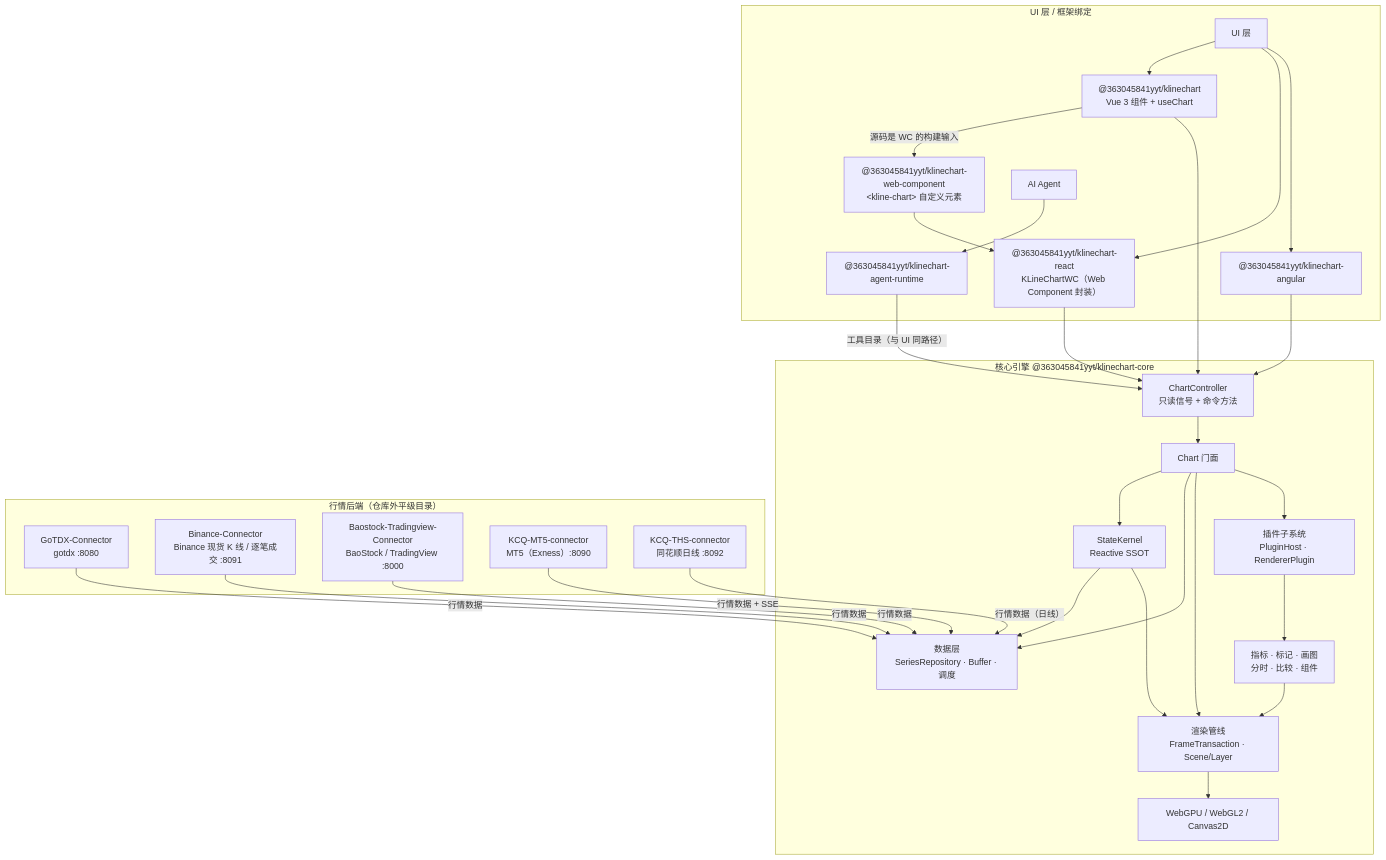
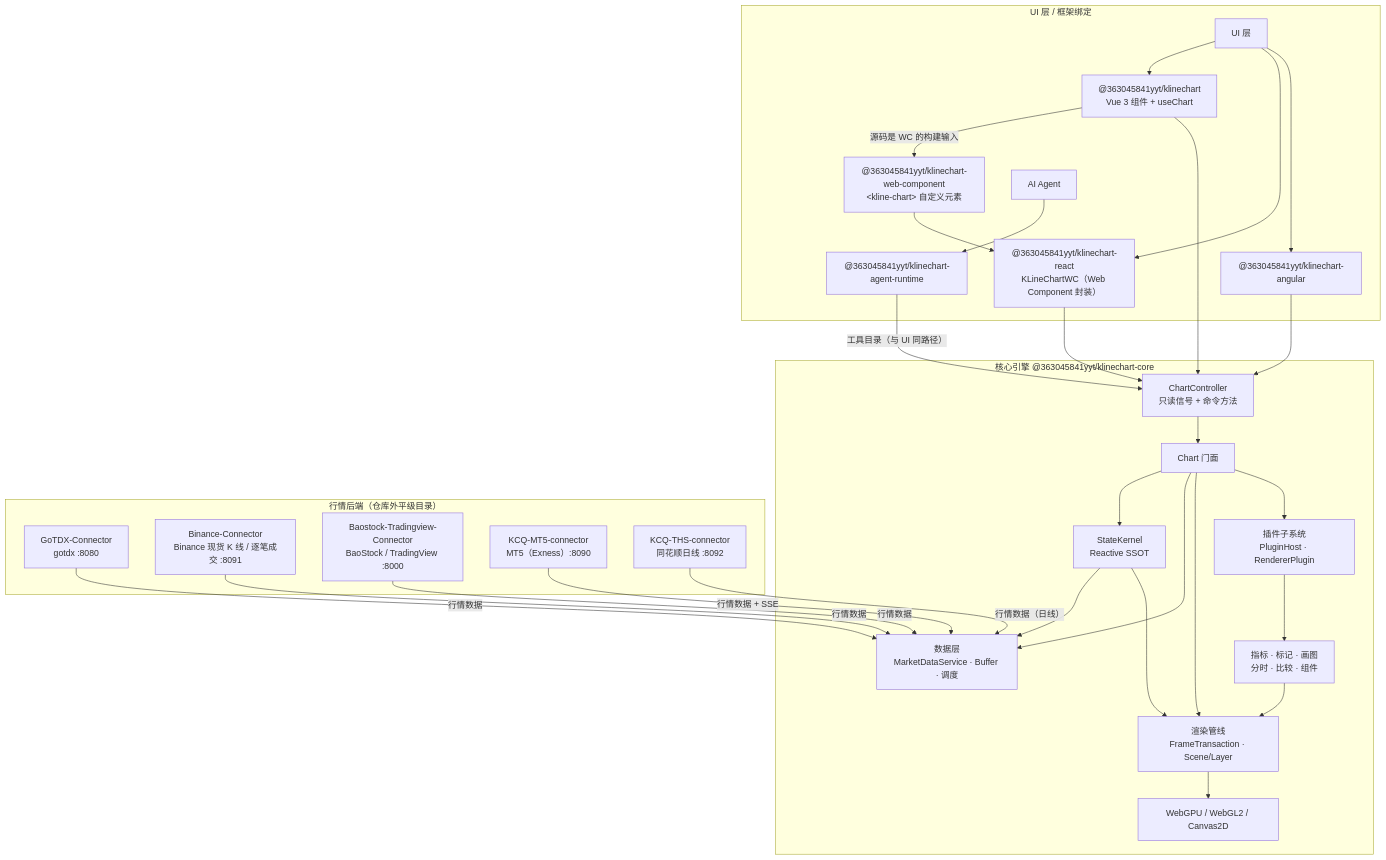
The diagram in docs/architecture/architecture.md (363045841/KLineChartQuant), drawn with Mermaid before and after one commit. The commit also changed other lines of this file and 152 other files, not shown here.

````diff
--- a/docs/architecture/architecture.md
+++ b/docs/architecture/architecture.md
@@ -20,57 +20,57 @@
 ```mermaid
 flowchart TB
     subgraph app["UI 层 / 框架绑定"]
         UI["UI 层"]
         VuePkg["@363045841yyt/klinechart<br/>Vue 3 组件 + useChart"]
         WCPkg["@363045841yyt/klinechart-web-component<br/>&lt;kline-chart&gt; 自定义元素"]
         ReactPkg["@363045841yyt/klinechart-react<br/>KLineChartWC（Web Component 封装）"]
         AngularPkg["@363045841yyt/klinechart-angular"]
         Agent["AI Agent"]
         AgentRt["@363045841yyt/klinechart-agent-runtime"]
     end
 
     subgraph core["核心引擎 @363045841yyt/klinechart-core"]
         Ctl["ChartController<br/>只读信号 + 命令方法"]
         Chart["Chart 门面"]
         Kernel["StateKernel<br/>Reactive SSOT"]
-        Data["数据层<br/>SeriesRepository · Buffer · 调度"]
+        Data["数据层<br/>MarketDataService · Buffer · 调度"]
         Pipe["渲染管线<br/>FrameTransaction · Scene/Layer"]
         GPU["WebGPU / WebGL2 / Canvas2D"]
         Plugin["插件子系统<br/>PluginHost · RendererPlugin"]
         Biz["指标 · 标记 · 画图<br/>分时 · 比较 · 组件"]
     end
 
     subgraph conn["行情后端（仓库外平级目录）"]
         Go["GoTDX-Connector<br/>gotdx :8080"]
         Bn["Binance-Connector<br/>Binance 现货 K 线 / 逐笔成交 :8091"]
         Bs["Baostock-Tradingview-Connector<br/>BaoStock / TradingView :8000"]
         Mt["KCQ-MT5-connector<br/>MT5（Exness）:8090"]
         Th["KCQ-THS-connector<br/>同花顺日线 :8092"]
     end
 
     UI --> VuePkg
     UI --> ReactPkg
     UI --> AngularPkg
     VuePkg -->|"源码是 WC 的构建输入"| WCPkg
     WCPkg --> ReactPkg
     Agent --> AgentRt
     VuePkg --> Ctl
     ReactPkg --> Ctl
     AngularPkg --> Ctl
     AgentRt -->|"工具目录（与 UI 同路径）"| Ctl
     Ctl --> Chart
     Chart --> Kernel
     Chart --> Data
     Chart --> Pipe
     Chart --> Plugin
     Plugin --> Biz
     Biz --> Pipe
     Pipe --> GPU
     Go -->|行情数据| Data
     Bn -->|行情数据| Data
     Bs -->|行情数据| Data
     Mt -->|"行情数据 + SSE"| Data
     Th -->|"行情数据（日线）"| Data
     Kernel --> Data
     Kernel --> Pipe
 ```
````
